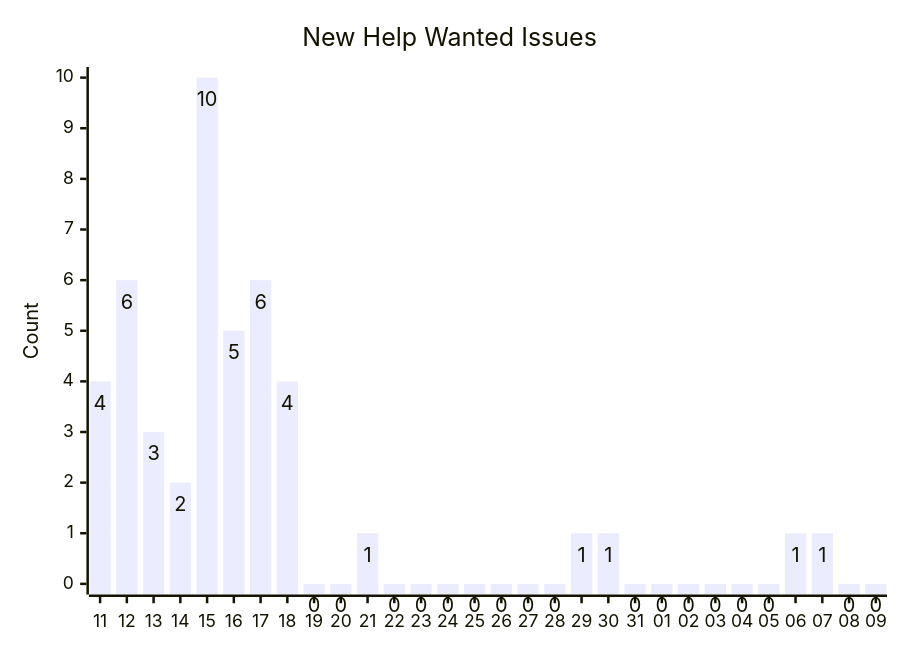
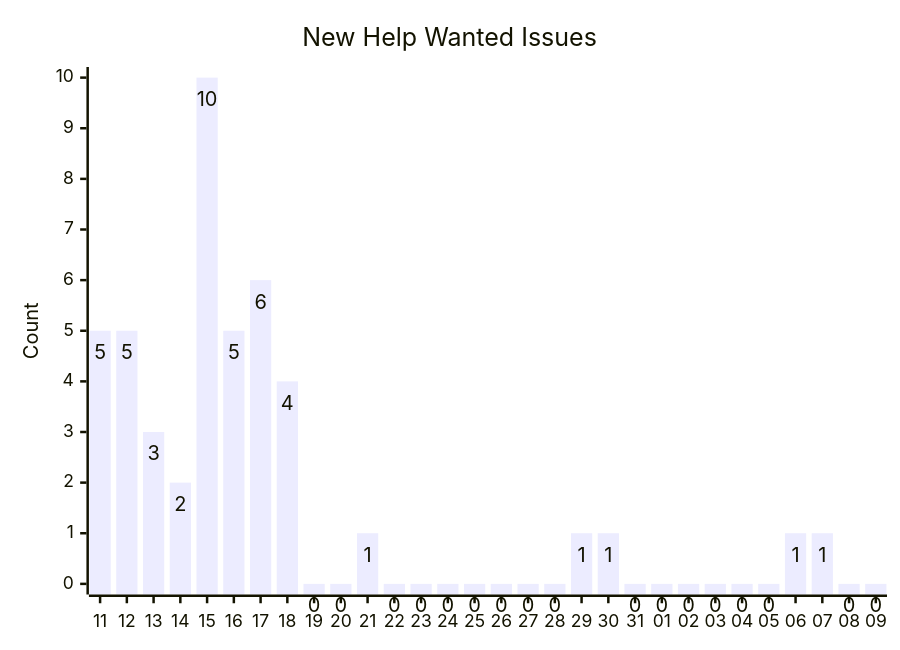
The second of 7 diagrams in triage/CONTRIBUTION_METRICS.md (cocosheng-g/gemini-cli), drawn with Mermaid before and after one commit. The commit also changed other lines of this file, not shown here.

````diff
--- a/triage/CONTRIBUTION_METRICS.md
+++ b/triage/CONTRIBUTION_METRICS.md
@@ -29,12 +29,12 @@
 ```mermaid
 ---
 config:
   xyChart:
     showDataLabel: true
 ---
 xychart-beta
     title "New Help Wanted Issues"
     x-axis ["11", "12​", "13​​", "14​​​", "15​​​​", "16​​​​​", "17​​​​​​", "18​​​​​​​", "19​​​​​​​​", "20​​​​​​​​​", "21​​​​​​​​​​", "22​​​​​​​​​​​", "23​​​​​​​​​​​​", "24​​​​​​​​​​​​​", "25​​​​​​​​​​​​​​", "26​​​​​​​​​​​​​​​", "27​​​​​​​​​​​​​​​​", "28​​​​​​​​​​​​​​​​​", "29​​​​​​​​​​​​​​​​​​", "30​​​​​​​​​​​​​​​​​​​", "31​​​​​​​​​​​​​​​​​​​​", "01​​​​​​​​​​​​​​​​​​​​​", "02​​​​​​​​​​​​​​​​​​​​​​", "03​​​​​​​​​​​​​​​​​​​​​​​", "04​​​​​​​​​​​​​​​​​​​​​​​​", "05​​​​​​​​​​​​​​​​​​​​​​​​​", "06​​​​​​​​​​​​​​​​​​​​​​​​​​", "07​​​​​​​​​​​​​​​​​​​​​​​​​​​", "08​​​​​​​​​​​​​​​​​​​​​​​​​​​​", "09​​​​​​​​​​​​​​​​​​​​​​​​​​​​​"]
     y-axis "Count"
-    bar [4, 6, 3, 2, 10, 5, 6, 4, 0, 0, 1, 0, 0, 0, 0, 0, 0, 0, 1, 1, 0, 0, 0, 0, 0, 0, 1, 1, 0, 0]
+    bar [5, 5, 3, 2, 10, 5, 6, 4, 0, 0, 1, 0, 0, 0, 0, 0, 0, 0, 1, 1, 0, 0, 0, 0, 0, 0, 1, 1, 0, 0]
 ```
````
